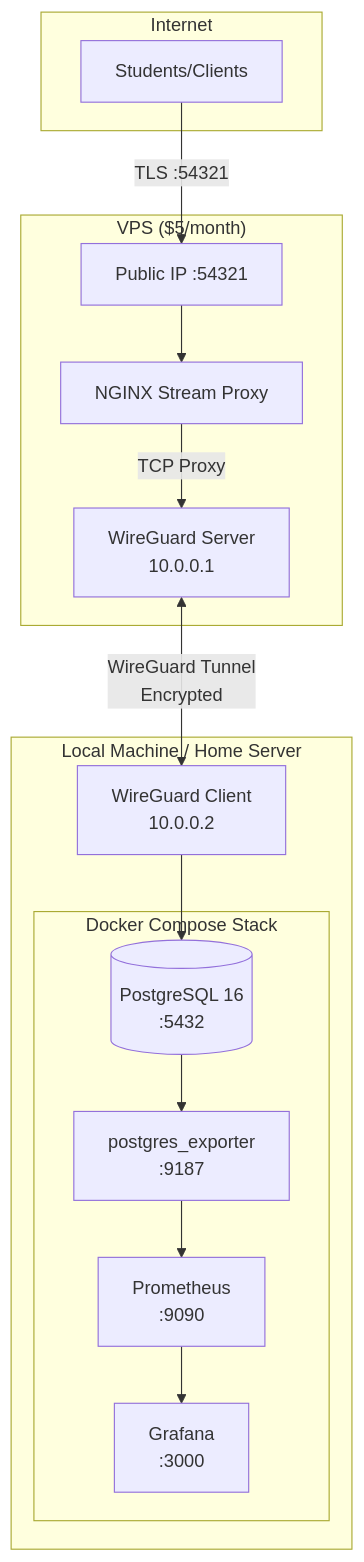
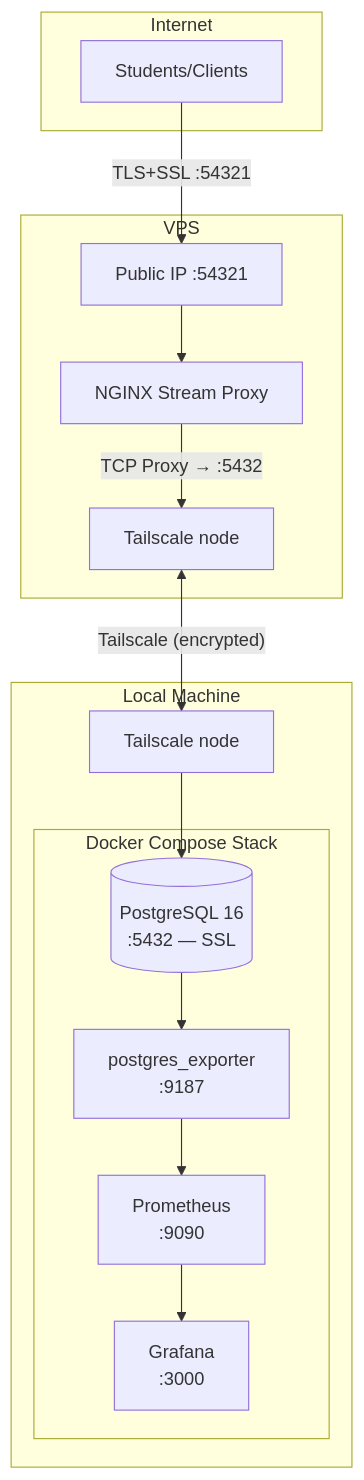
Before and after one commit to gperdrizet/postgreSQL-server: the first of 8 diagrams in docs/architecture.md, drawn with Mermaid. The commit also changed other lines of this file and 5 other files, not shown here.

````diff
--- a/docs/architecture.md
+++ b/docs/architecture.md
@@ -7,32 +9,32 @@
 ```mermaid
 flowchart TB
     subgraph Internet
         Students[Students/Clients]
     end
     
-    subgraph VPS["VPS ($5/month)"]
+    subgraph VPS["VPS"]
         PublicIP[Public IP :54321]
         NGINX[NGINX Stream Proxy]
-        WG_Server[WireGuard Server<br/>10.0.0.1]
+        TS_VPS[Tailscale node]
     end
     
-    subgraph Home["Local Machine / Home Server"]
-        WG_Client[WireGuard Client<br/>10.0.0.2]
+    subgraph Home["Local Machine"]
+        TS_Local[Tailscale node]
         subgraph Docker[Docker Compose Stack]
-            PG[(PostgreSQL 16<br/>:5432)]
+            PG[(PostgreSQL 16<br/>:5432 — SSL)]
             Prometheus[Prometheus<br/>:9090]
             Grafana[Grafana<br/>:3000]
             Exporter[postgres_exporter<br/>:9187]
         end
     end
     
-    Students -->|"TLS :54321"| PublicIP
+    Students -->|"TLS+SSL :54321"| PublicIP
     PublicIP --> NGINX
-    NGINX -->|"TCP Proxy"| WG_Server
-    WG_Server <-->|"WireGuard Tunnel<br/>Encrypted"| WG_Client
-    WG_Client --> PG
+    NGINX -->|"TCP Proxy → <local-tailscale-ip>:5432"| TS_VPS
+    TS_VPS <-->|"Tailscale (encrypted)"| TS_Local
+    TS_Local --> PG
     
     PG --> Exporter
     Exporter --> Prometheus
     Prometheus --> Grafana
 ```
````
